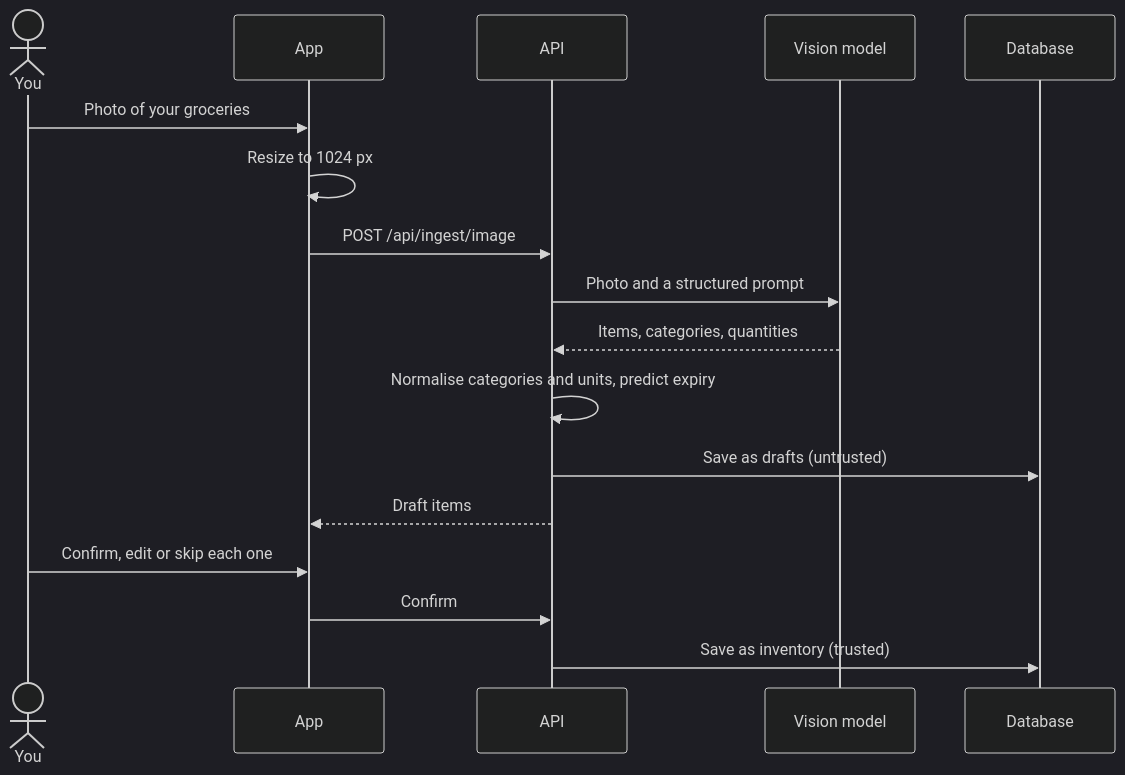
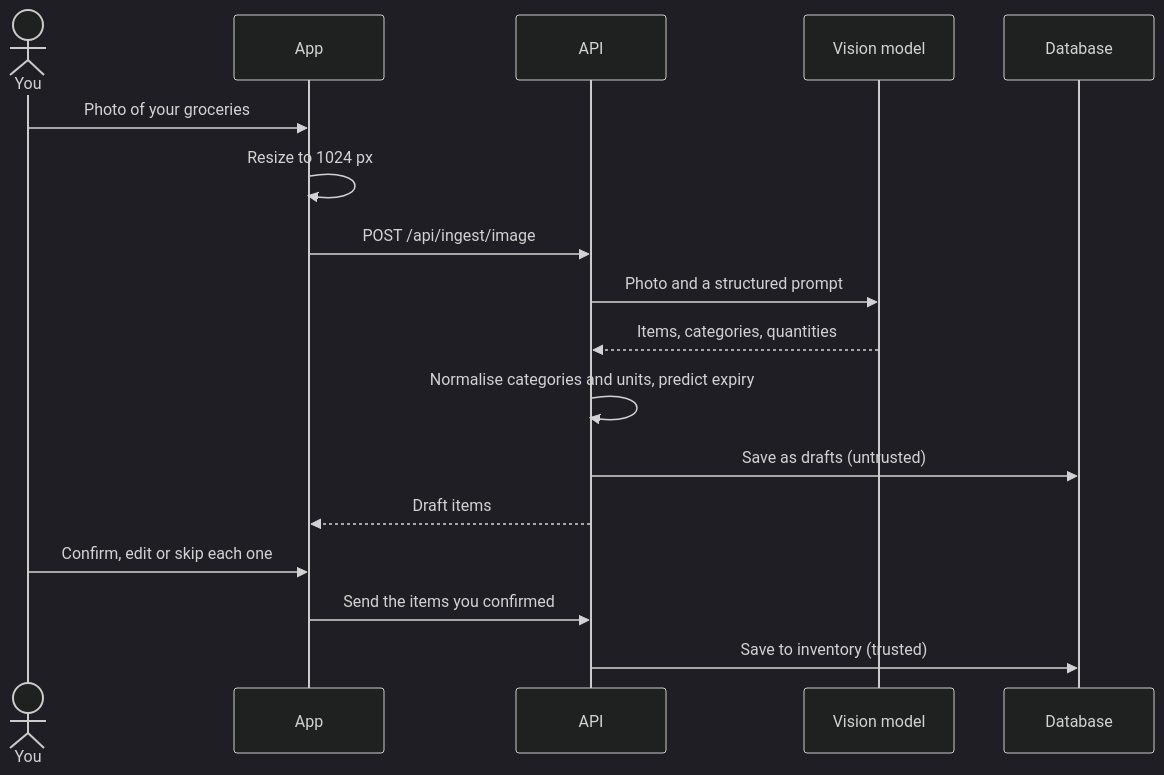
Before and after one commit to omorros/SnapShelf: the second of 4 diagrams in README.md, drawn with Mermaid (dark theme). The commit also changed other lines of this file and 5 other files, not shown here.

````diff
--- a/README.md
+++ b/README.md
@@ -64,19 +65,19 @@
 ```mermaid
 sequenceDiagram
     actor You
     participant App
     participant API as API
     participant VLM as Vision model
     participant DB as Database
     You->>App: Photo of your groceries
     App->>App: Resize to 1024 px
     App->>API: POST /api/ingest/image
     API->>VLM: Photo and a structured prompt
     VLM-->>API: Items, categories, quantities
     API->>API: Normalise categories and units, predict expiry
     API->>DB: Save as drafts (untrusted)
     API-->>App: Draft items
     You->>App: Confirm, edit or skip each one
-    App->>API: Confirm
-    API->>DB: Save as inventory (trusted)
+    App->>API: Send the items you confirmed
+    API->>DB: Save to inventory (trusted)
 ```
````
